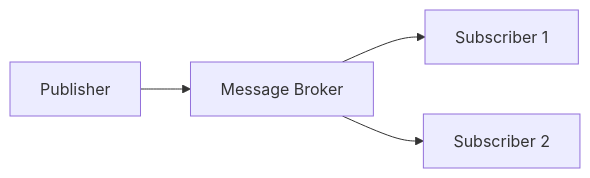
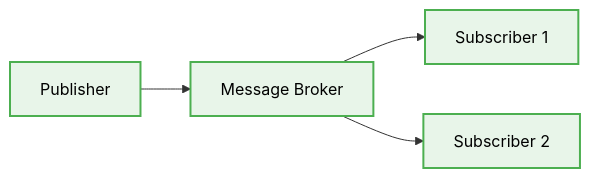
One commit to beginwebdev2002/best-practise changed the seventh of 10 diagrams in architectures/readme.md. Above: the diagram before and after it, drawn with Mermaid. The commit also changed other lines of this file and 20 other files, not shown here.

First line of the commit message:
docs: update mermaid diagrams with UI/UX design tokens styling

````diff
--- a/architectures/readme.md
+++ b/architectures/readme.md
@@ -245,6 +310,16 @@
 ```mermaid
 graph LR
     Pub[Publisher] --> Broker[Message Broker]
     Broker --> Sub1[Subscriber 1]
     Broker --> Sub2[Subscriber 2]
+    %% Added Design Token Styles for Mermaid Diagrams
+    classDef default fill:#e1f5fe,stroke:#03a9f4,stroke-width:2px,color:#000;
+    classDef component fill:#e8f5e9,stroke:#4caf50,stroke-width:2px,color:#000;
+    classDef layout fill:#f3e5f5,stroke:#9c27b0,stroke-width:2px,color:#000;
+
+    class Sub1 component;
+    class Sub2 component;
+    class Broker component;
+    class Pub component;
+
 ```
````
